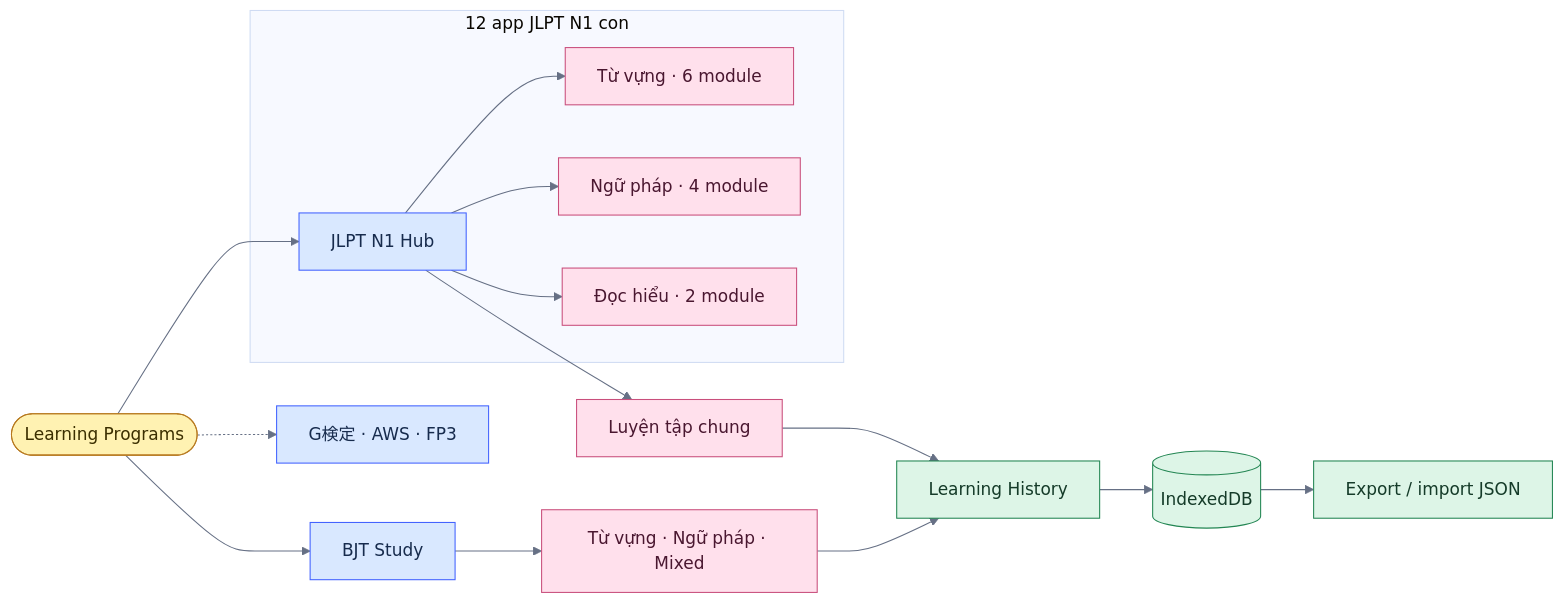
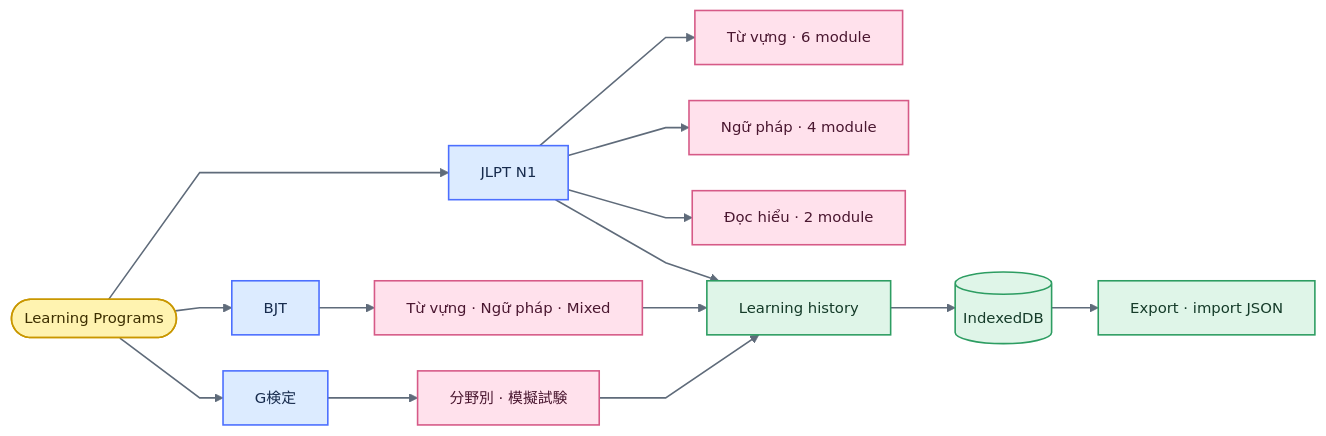
The first of 2 diagrams in japanese-app-audit.md (thangldw/thangldw.github.io), drawn with Mermaid before and after one commit. The commit also changed other lines of this file and 7 other files, not shown here.

Commit message:
docs: clean repository guides and diagrams

````diff
--- a/japanese-app-audit.md
+++ b/japanese-app-audit.md
@@ -9,29 +9,29 @@
 ```mermaid
-%%{init: {"theme":"base","themeVariables":{"fontFamily":"Inter, Arial, sans-serif","lineColor":"#667085","primaryTextColor":"#172B4D"}}}%%
+%%{init: {"theme":"base","flowchart":{"curve":"linear","nodeSpacing":34,"rankSpacing":44},"themeVariables":{"fontFamily":"Inter, Arial, sans-serif","fontSize":"14px","lineColor":"#5F6B7A","primaryTextColor":"#1F2937","clusterBkg":"#FFFFFF","clusterBorder":"#CBD5E1"}}}%%
 flowchart LR
-  Catalog(["Learning Programs"]) --> JLPT["JLPT N1 Hub"]
-  Catalog --> BJT["BJT Study"]
-  Catalog -.-> Future["G検定 · AWS · FP3"]
+  Catalog(["Learning Programs"]) --> G["G検定"]
+  Catalog --> BJT["BJT"]
+  Catalog --> JLPT["JLPT N1"]
 
-  subgraph N1["12 app JLPT N1 con"]
-    JLPT --> Vocab["Từ vựng · 6 module"]
-    JLPT --> Grammar["Ngữ pháp · 4 module"]
-    JLPT --> Reading["Đọc hiểu · 2 module"]
-  end
+  G --> GPractice["分野別 · 模擬試験"]
+  BJT --> BJTPractice["Từ vựng · Ngữ pháp · Mixed"]
+  JLPT --> Vocab["Từ vựng · 6 module"]
+  JLPT --> Grammar["Ngữ pháp · 4 module"]
+  JLPT --> Reading["Đọc hiểu · 2 module"]
 
-  JLPT --> JLPTPractice["Luyện tập chung"]
-  BJT --> BJTPractice["Từ vựng · Ngữ pháp · Mixed"]
-  JLPTPractice --> History["Learning History"]
+  GPractice --> History["Learning history"]
   BJTPractice --> History
+  JLPT --> History
   History --> DB[("IndexedDB")]
-  DB --> Backup["Export / import JSON"]
+  DB --> Backup["Export · import JSON"]
 
-  classDef yellow fill:#FFF2B2,stroke:#B7791F,color:#3B2F00,stroke-width:1px;
-  classDef blue fill:#D9E8FF,stroke:#4262FF,color:#172B4D,stroke-width:1px;
-  classDef green fill:#DDF5E7,stroke:#238653,color:#153B29,stroke-width:1px;
-  classDef pink fill:#FFE0EC,stroke:#C94F7C,color:#4A1730,stroke-width:1px;
-  class Catalog yellow;
-  class JLPT,BJT,Future blue;
-  class Vocab,Grammar,Reading,JLPTPractice,BJTPractice pink;
-  class History,DB,Backup green;
+  classDef stickyYellow fill:#FFF3B0,stroke:#C99700,color:#3D2F00,stroke-width:1.5px;
+  classDef stickyBlue fill:#DCEBFF,stroke:#4C6FFF,color:#172B4D,stroke-width:1.5px;
+  classDef stickyPink fill:#FFE1EC,stroke:#D65A87,color:#4A1730,stroke-width:1.5px;
+  classDef stickyGreen fill:#DFF5E8,stroke:#2D9D62,color:#153B29,stroke-width:1.5px;
+  class Catalog stickyYellow;
+  class G,BJT,JLPT stickyBlue;
+  class GPractice,BJTPractice,Vocab,Grammar,Reading stickyPink;
+  class History,DB,Backup stickyGreen;
+  linkStyle default stroke:#5F6B7A,stroke-width:1.5px;
 ```
````
